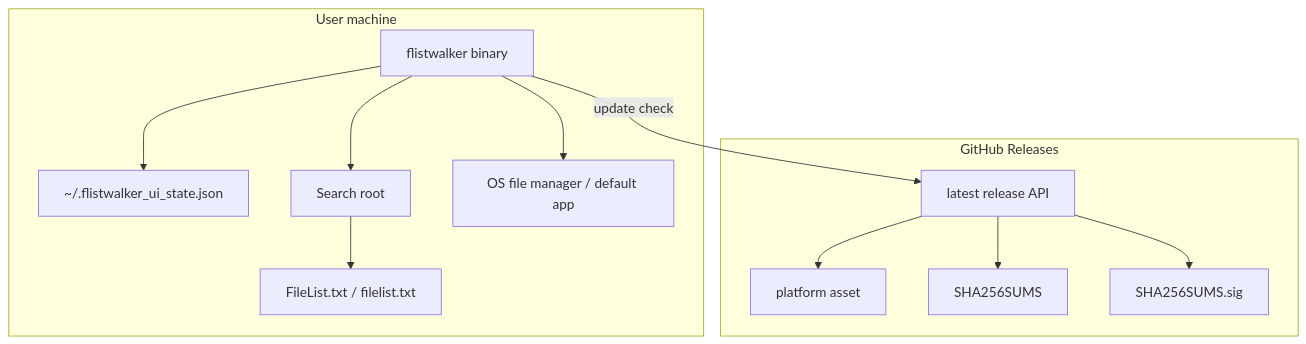
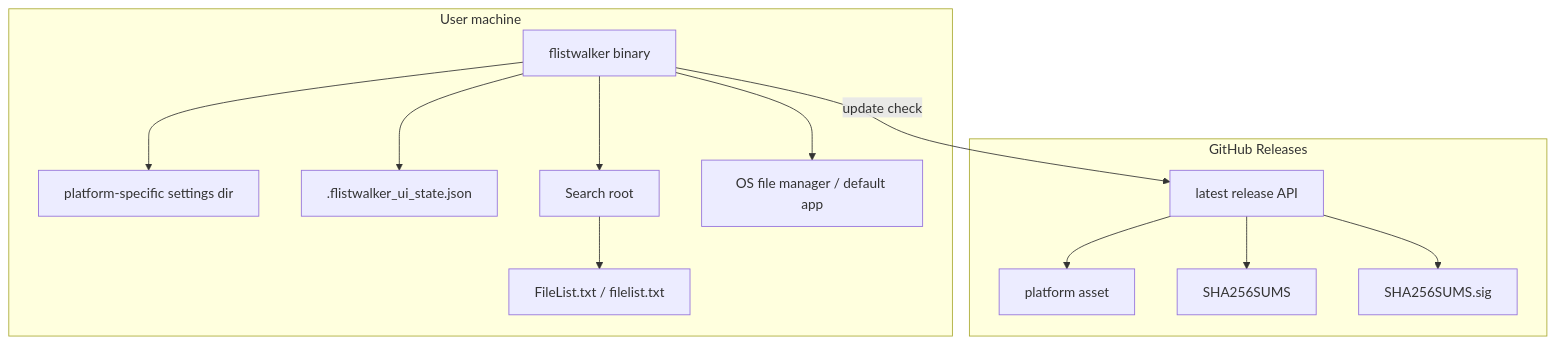
Before and after one commit to ShinjiKawamura255/flist-walker: the second of 8 diagrams in docs/DETAILED_DESIGN.md, drawn with Mermaid. The commit also changed 10 other files, not shown here.

````diff
--- a/docs/DETAILED_DESIGN.md
+++ b/docs/DETAILED_DESIGN.md
@@ -138,24 +138,26 @@
 ```mermaid
 flowchart TB
   subgraph Runtime[User machine]
     Binary[flistwalker binary]
-    UiState[~/.flistwalker_ui_state.json]
+    SettingsDir[platform-specific settings dir]
+    UiState[.flistwalker_ui_state.json]
     Root[Search root]
     FileList[FileList.txt / filelist.txt]
     OsShell[OS file manager / default app]
   end
   subgraph GitHub[GitHub Releases]
     Latest[latest release API]
     Asset[platform asset]
     Sums[SHA256SUMS]
     Sig[SHA256SUMS.sig]
   end
+  Binary --> SettingsDir
   Binary --> UiState
   Binary --> Root
   Root --> FileList
   Binary --> OsShell
   Binary -->|update check| Latest
   Latest --> Asset
   Latest --> Sums
   Latest --> Sig
 ```
````
